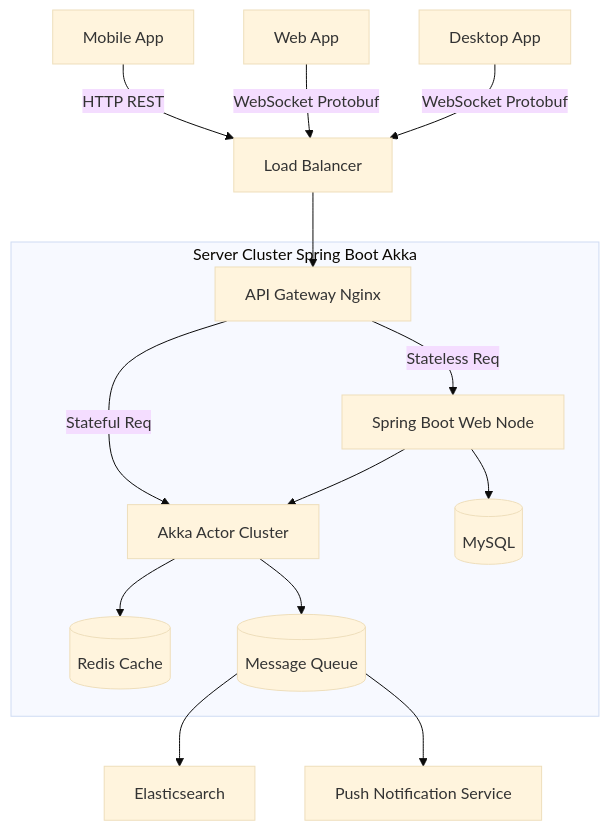
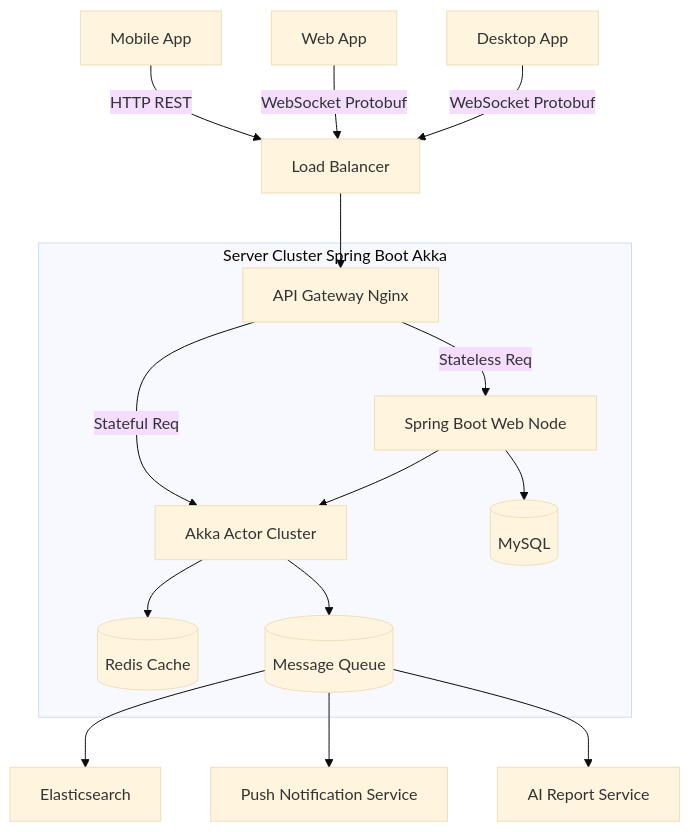
Before and after one commit to Leo9419/flowlog: the diagram in flowlog_design/01_Architecture_Overview.md, drawn with Mermaid (base theme). The commit also changed other lines of this file and 167 other files, not shown here.

Commit message:
Expand FlowLog client and fix database recovery

````diff
--- a/flowlog_design/01_Architecture_Overview.md
+++ b/flowlog_design/01_Architecture_Overview.md
@@ -8,22 +17,23 @@
 ```mermaid
 graph TD
     Client_Mobile[Mobile App] -->|HTTP REST| LB[Load Balancer]
     Client_Web[Web App] -->|WebSocket Protobuf| LB
     Client_Desktop[Desktop App] -->|WebSocket Protobuf| LB
 
     LB --> Gateway[API Gateway Nginx]
 
     subgraph ServerCluster["Server Cluster Spring Boot Akka"]
         Gateway -->|Stateless Req| WebNode[Spring Boot Web Node]
         Gateway -->|Stateful Req| AkkaCluster[Akka Actor Cluster]
         
         WebNode --> AkkaCluster
         
         WebNode --> DB[(MySQL)]
         AkkaCluster --> Redis[(Redis Cache)]
         AkkaCluster --> MQ[(Message Queue)]
     end
 
     MQ --> SearchNode[Elasticsearch]
     MQ --> NotifyService[Push Notification Service]
+    MQ --> AIService[AI Report Service]
 ```
````
